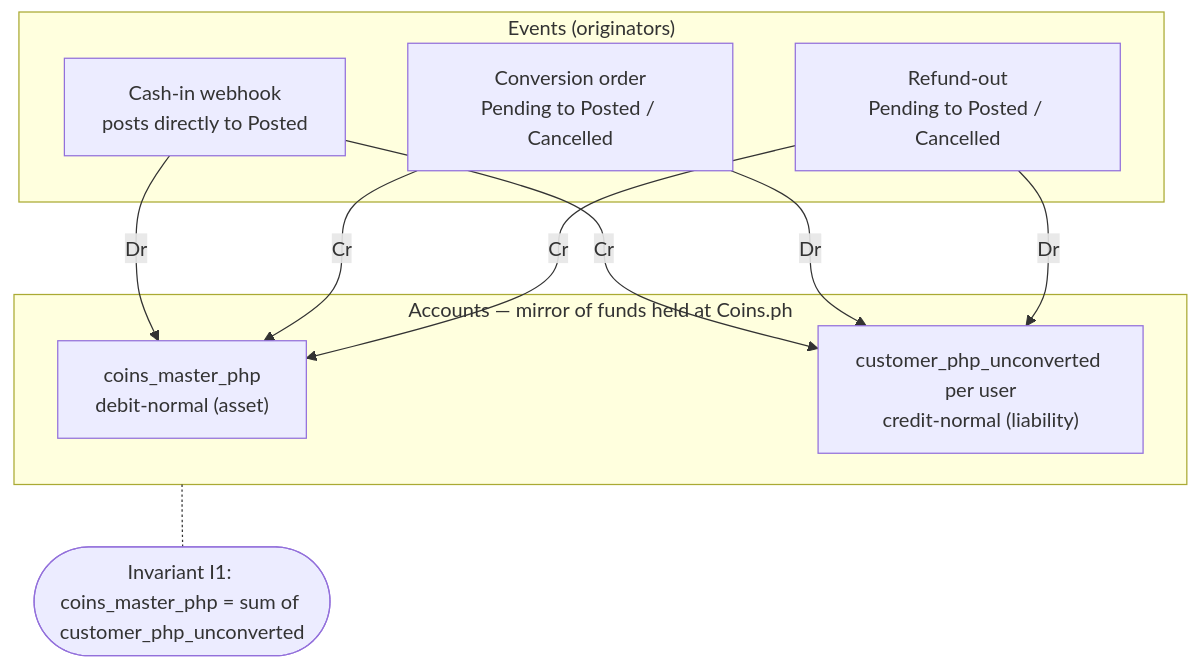
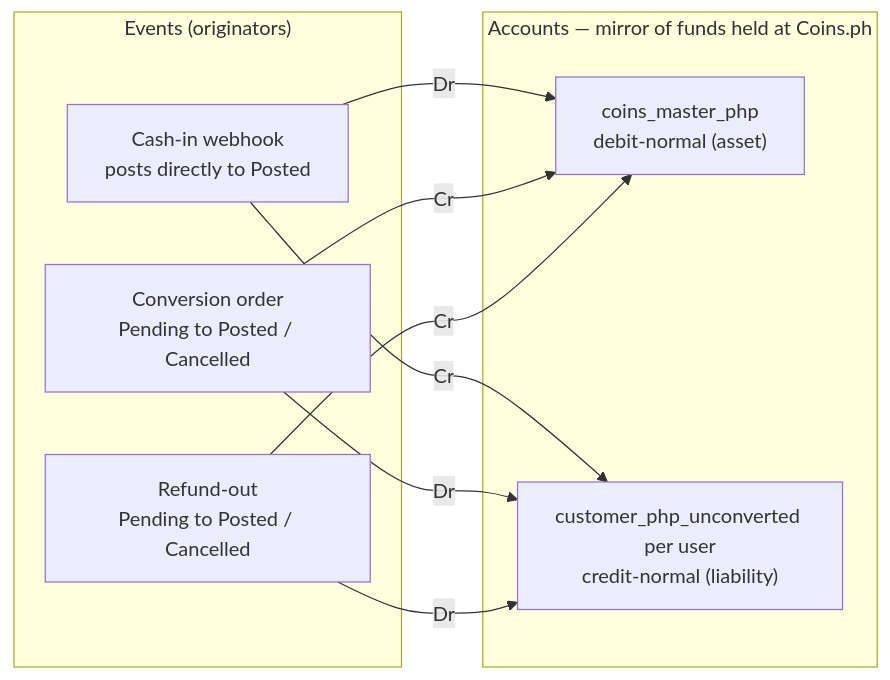
Before and after one commit to STAbraham/stablecoin-project: the first of 2 diagrams in tracks/c-usdc-vasp-privy/research/php-ledger-design.md, drawn with Mermaid. The commit also changed other lines of this file and 21 other files, not shown here.

Commit message:
Team-doc rendering fix: vertical diagram layouts, print-DPI PNGs, styled docx reference (Arial hierarchy); pipeline scripts into tools/

````diff
--- a/tracks/c-usdc-vasp-privy/research/php-ledger-design.md
+++ b/tracks/c-usdc-vasp-privy/research/php-ledger-design.md
@@ -23,20 +23,18 @@
 ```mermaid
-flowchart TB
+flowchart LR
   subgraph EVENTS["Events (originators)"]
     CI["Cash-in webhook<br/>posts directly to Posted"]
     CV["Conversion order<br/>Pending to Posted / Cancelled"]
     RF["Refund-out<br/>Pending to Posted / Cancelled"]
   end
   subgraph ACCOUNTS["Accounts — mirror of funds held at Coins.ph"]
     MA["coins_master_php<br/>debit-normal (asset)"]
     UP["customer_php_unconverted per user<br/>credit-normal (liability)"]
   end
   CI -->|"Dr"| MA
   CI -->|"Cr"| UP
   CV -->|"Dr"| UP
   CV -->|"Cr"| MA
   RF -->|"Dr"| UP
   RF -->|"Cr"| MA
-  INV(["Invariant I1: coins_master_php = sum of customer_php_unconverted"])
-  ACCOUNTS -.- INV
 ```
````
